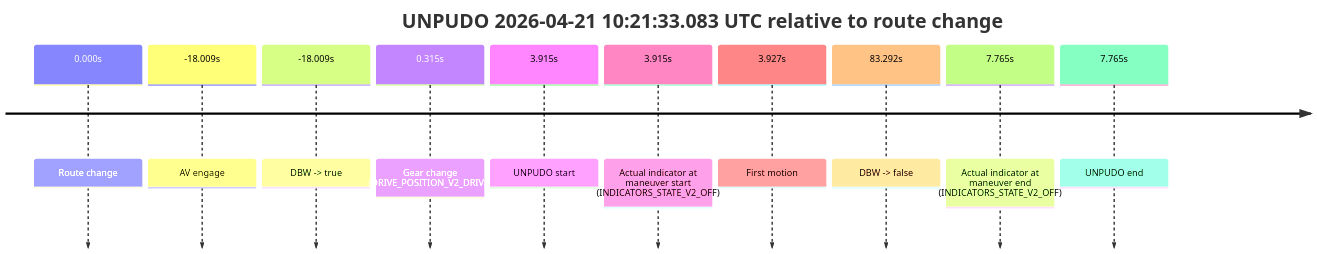
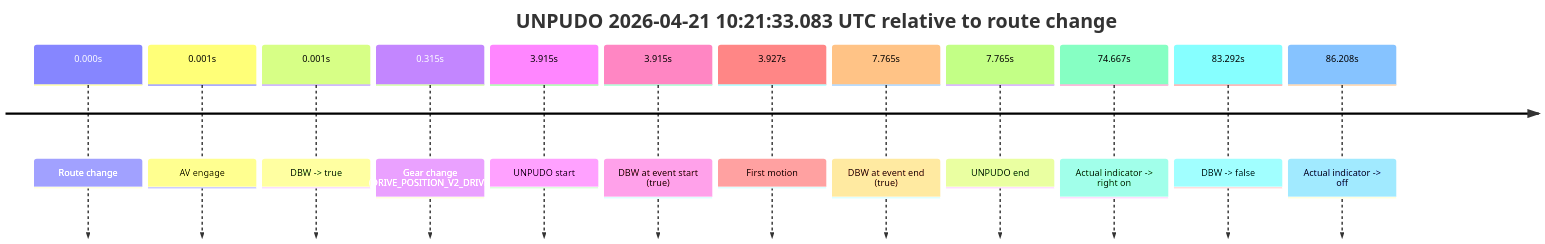
Before and after one commit to yoelshapiro/vault: the third of 4 diagrams in model_analysis/report_cards/2026/04/Week-4/fme20032--2026-04-21--10-09-14--gen2-av-fac6131e-754a-43f8-abc1-f99abb4ea8af.md, drawn with Mermaid. The commit also changed other lines of this file and 85 other files, not shown here.

````diff
--- a/model_analysis/report_cards/2026/04/Week-4/fme20032--2026-04-21--10-09-14--gen2-av-fac6131e-754a-43f8-abc1-f99abb4ea8af.md
+++ b/model_analysis/report_cards/2026/04/Week-4/fme20032--2026-04-21--10-09-14--gen2-av-fac6131e-754a-43f8-abc1-f99abb4ea8af.md
@@ -215,14 +229,16 @@
 ```mermaid
 timeline
     title UNPUDO 2026-04-21 10:21:33.083 UTC relative to route change
     0.000s : Route change
-    -18.009s : AV engage
-    -18.009s : DBW -> true
+    0.001s : AV engage
+    0.001s : DBW -> true
     0.315s : Gear change (DRIVE_POSITION_V2_DRIVE)
     3.915s : UNPUDO start
-    3.915s : Actual indicator at maneuver start (INDICATORS_STATE_V2_OFF)
+    3.915s : DBW at event start (true)
     3.927s : First motion
+    7.765s : DBW at event end (true)
+    7.765s : UNPUDO end
+    74.667s : Actual indicator -> right on
     83.292s : DBW -> false
-    7.765s : Actual indicator at maneuver end (INDICATORS_STATE_V2_OFF)
-    7.765s : UNPUDO end
+    86.208s : Actual indicator -> off
 ```
````
